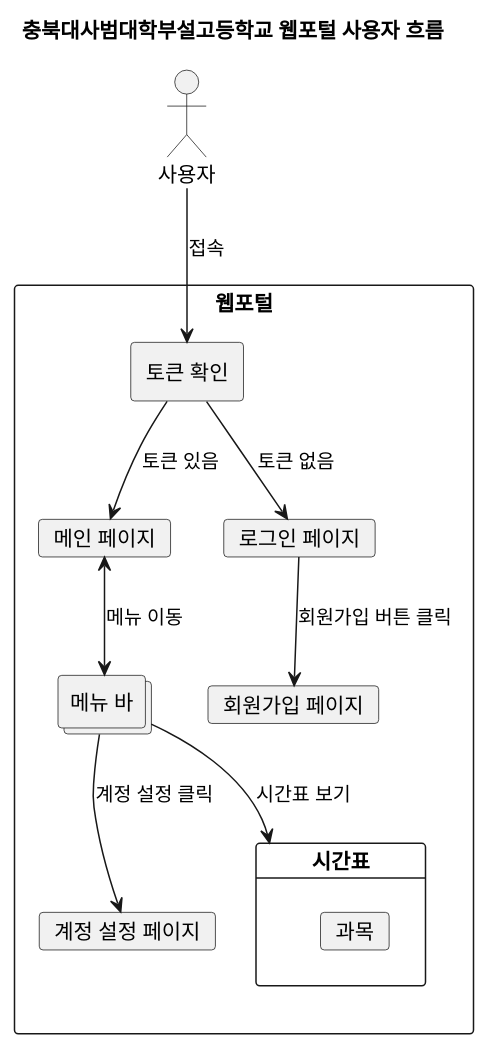
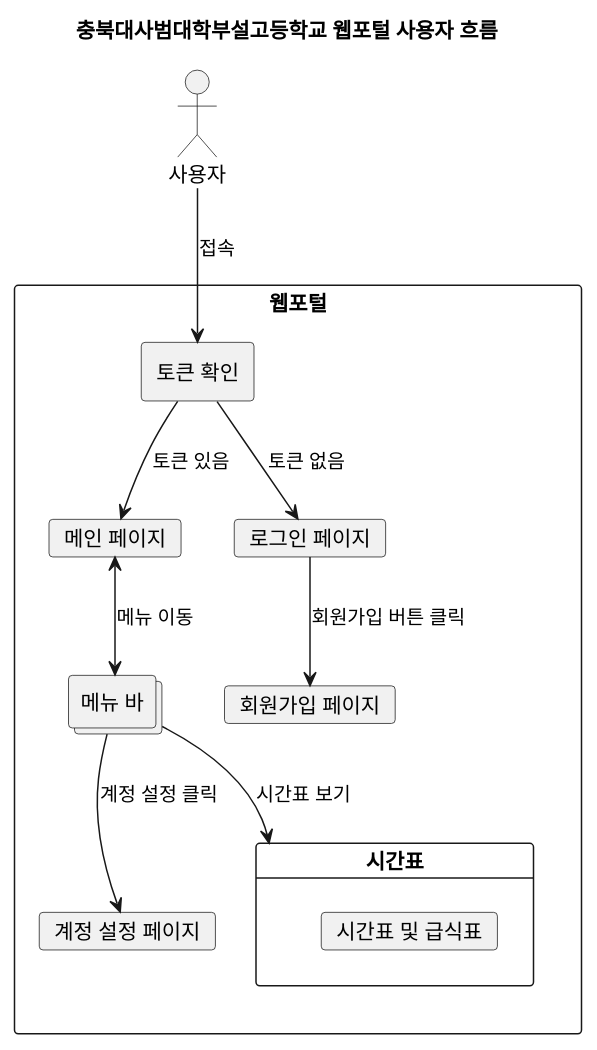
One commit to brillianintdoh/CNUH_Web_Portal changed the diagram in diagram/user.puml. Above: the diagram before and after it, drawn with PlantUML. The commit also changed 1 other file, not shown here.

Commit message:
다이어그램 업데이트

```diff
--- a/diagram/user.puml
+++ b/diagram/user.puml
@@ -1,28 +1,28 @@
 @startuml User
 title 충북대사범대학부설고등학교 웹포털 사용자 흐름
 
 actor "사용자" as user
 
 rectangle "웹포털" {
     card "메인 페이지" as main
     rectangle "토큰 확인" as token_check
     collections "메뉴 바" as menu
     card "로그인 페이지" as login
     card "회원가입 페이지" as register
     card "계정 설정 페이지" as account_settings
     card "시간표" as time_table {
-        card "과목" as subject_abbreviation
+        card "시간표 및 급식표" as subject_abbreviation
     }
 }
 
 user --> token_check : 접속
 
 token_check --> main : 토큰 있음
 token_check --> login : 토큰 없음
 
 login --> register : 회원가입 버튼 클릭
 main <--> menu : 메뉴 이동
 menu --> account_settings : 계정 설정 클릭
 menu --> time_table : 시간표 보기
 
 @enduml
```
